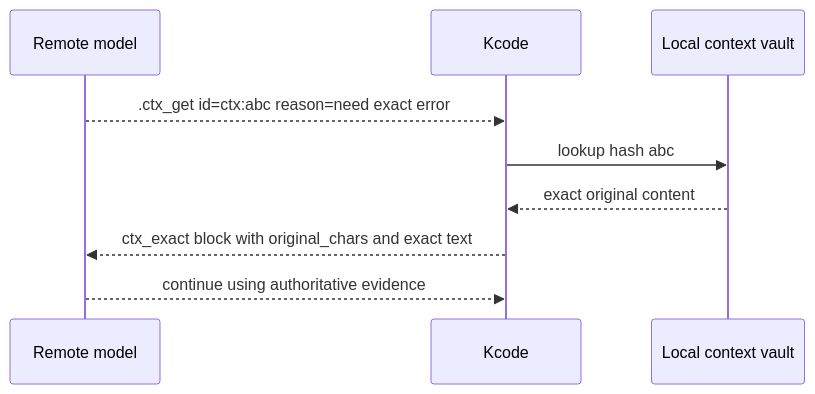
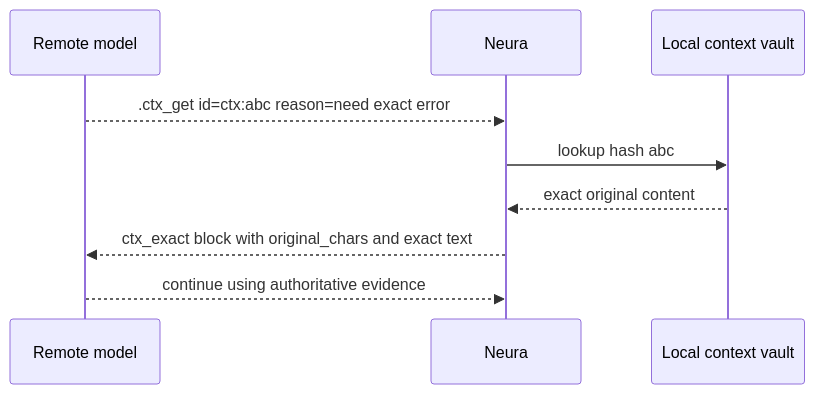
One commit to icedmoca/neura changed diagram 18 of 26 in docs/ABOUT.md. Above: the diagram before and after it, drawn with Mermaid. The commit also changed other lines of this file and 562 other files, not shown here.

Commit message:
Rename Kcode to Neura

````diff
--- a/docs/ABOUT.md
+++ b/docs/ABOUT.md
@@ -678,12 +678,12 @@
 ```mermaid
 sequenceDiagram
     participant M as Remote model
-    participant K as Kcode
+    participant K as Neura
     participant V as Local context vault
 
     M-->>K: .ctx_get id=ctx:abc reason=need exact error
     K->>V: lookup hash abc
     V-->>K: exact original content
     K-->>M: ctx_exact block with original_chars and exact text
     M-->>K: continue using authoritative evidence
 ```
````
